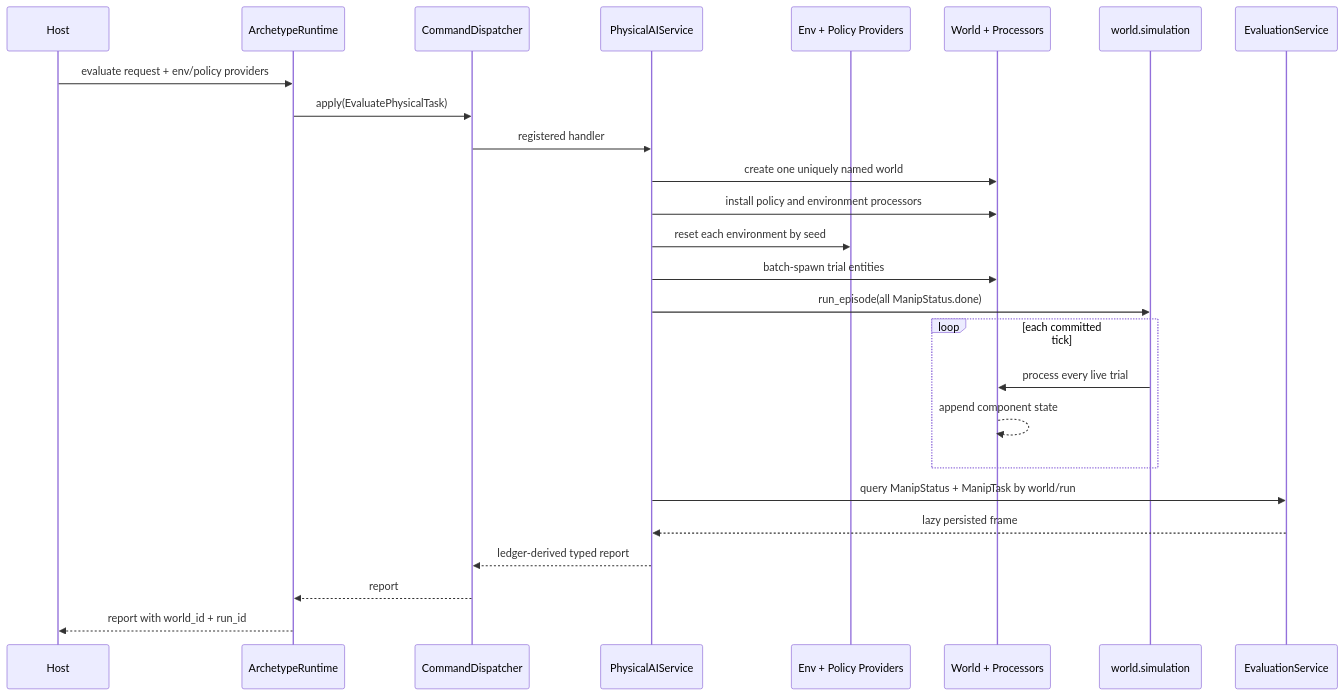
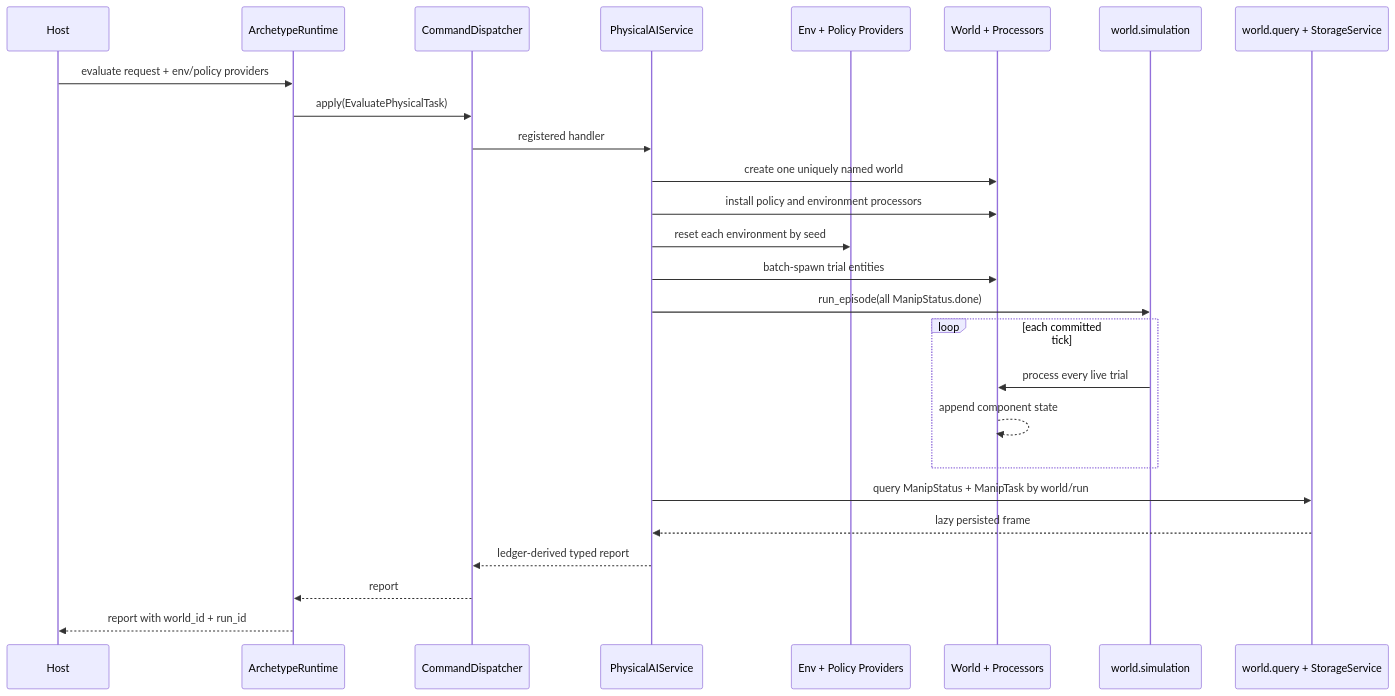
One commit to VangelisTech/archetype changed the diagram in docs/guide/physical-ai.md. Above: the diagram before and after it, drawn with Mermaid. The commit also changed other lines of this file and 38 other files, not shown here.

````diff
--- a/docs/guide/physical-ai.md
+++ b/docs/guide/physical-ai.md
@@ -128,29 +128,29 @@
 ```mermaid
 sequenceDiagram
     participant Host
     participant Runtime as ArchetypeRuntime
     participant Dispatcher as CommandDispatcher
     participant Physical as PhysicalAIService
     participant Providers as Env + Policy Providers
     participant World as World + Processors
     participant Simulation as world.simulation
-    participant Evaluation as EvaluationService
+    participant Query as world.query + StorageService
 
     Host->>Runtime: evaluate request + env/policy providers
     Runtime->>Dispatcher: apply(EvaluatePhysicalTask)
     Dispatcher->>Physical: registered handler
     Physical->>World: create one uniquely named world
     Physical->>World: install policy and environment processors
     Physical->>Providers: reset each environment by seed
     Physical->>World: batch-spawn trial entities
     Physical->>Simulation: run_episode(all ManipStatus.done)
     loop each committed tick
         Simulation->>World: process every live trial
         World-->>World: append component state
     end
-    Physical->>Evaluation: query ManipStatus + ManipTask by world/run
-    Evaluation-->>Physical: lazy persisted frame
+    Physical->>Query: query ManipStatus + ManipTask by world/run
+    Query-->>Physical: lazy persisted frame
     Physical-->>Dispatcher: ledger-derived typed report
     Dispatcher-->>Runtime: report
     Runtime-->>Host: report with world_id + run_id
 ```
````
